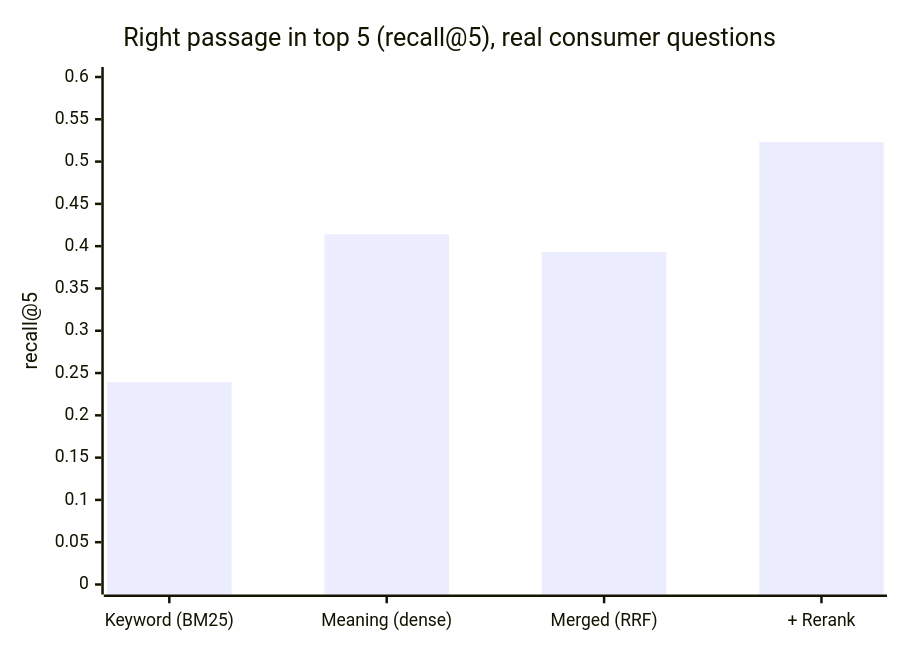
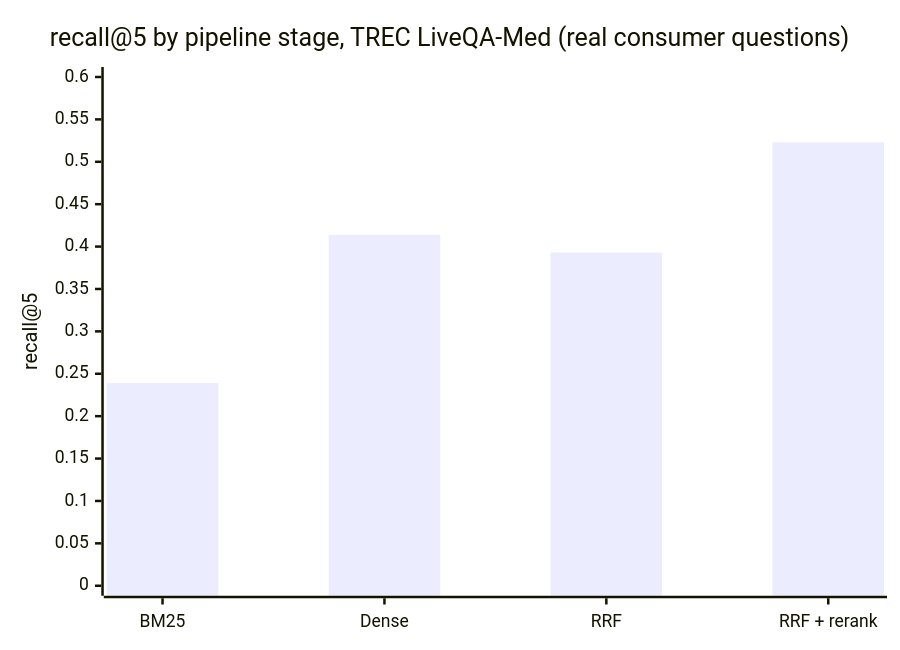
The sixth of 13 diagrams in README.md (pavanaditya123/healthcare-rag-assistant), drawn with Mermaid before and after one commit. The commit also changed other lines of this file, not shown here.

Commit message:
README: technical diagrams per component, each followed by an everyday explanation

````diff
--- a/README.md
+++ b/README.md
@@ -289,7 +274,7 @@
 ```mermaid
 xychart-beta
-    title "Right passage in top 5 (recall@5), real consumer questions"
-    x-axis ["Keyword (BM25)", "Meaning (dense)", "Merged (RRF)", "+ Rerank"]
+    title "recall@5 by pipeline stage, TREC LiveQA-Med (real consumer questions)"
+    x-axis ["BM25", "Dense", "RRF", "RRF + rerank"]
     y-axis "recall@5" 0 --> 0.6
     bar [0.239, 0.414, 0.393, 0.523]
 ```
````
